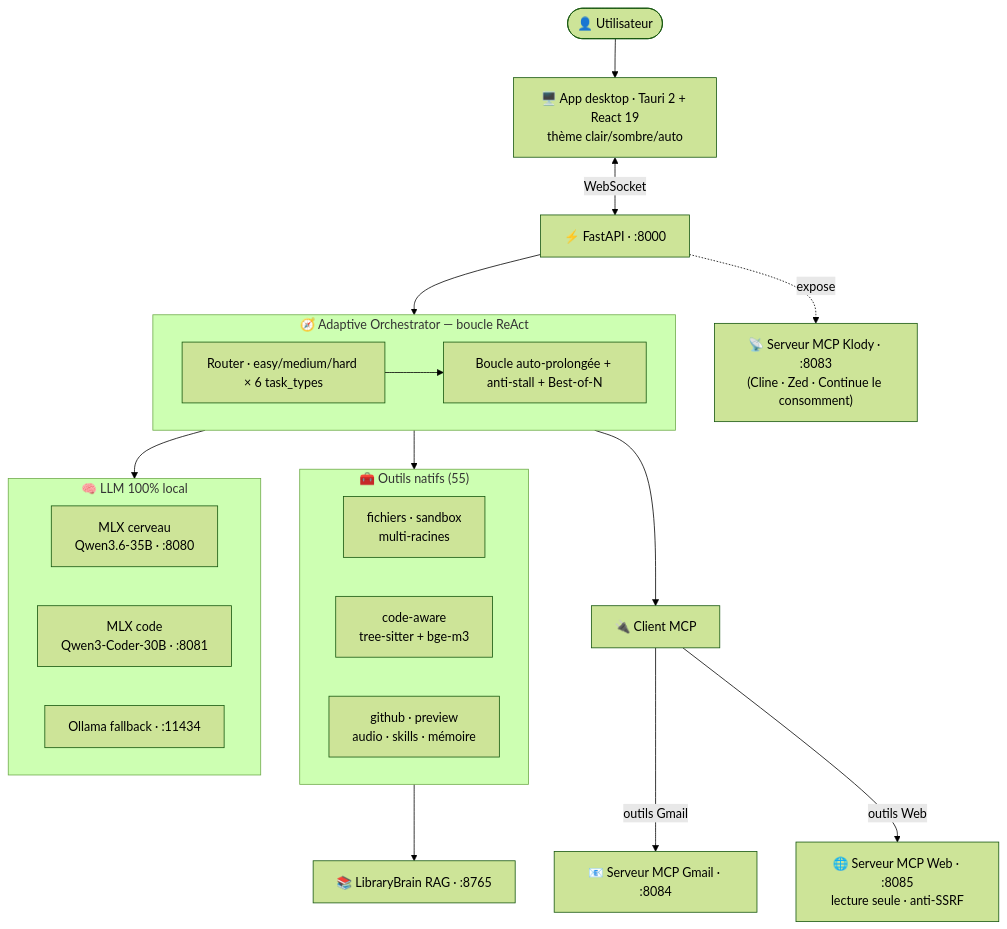
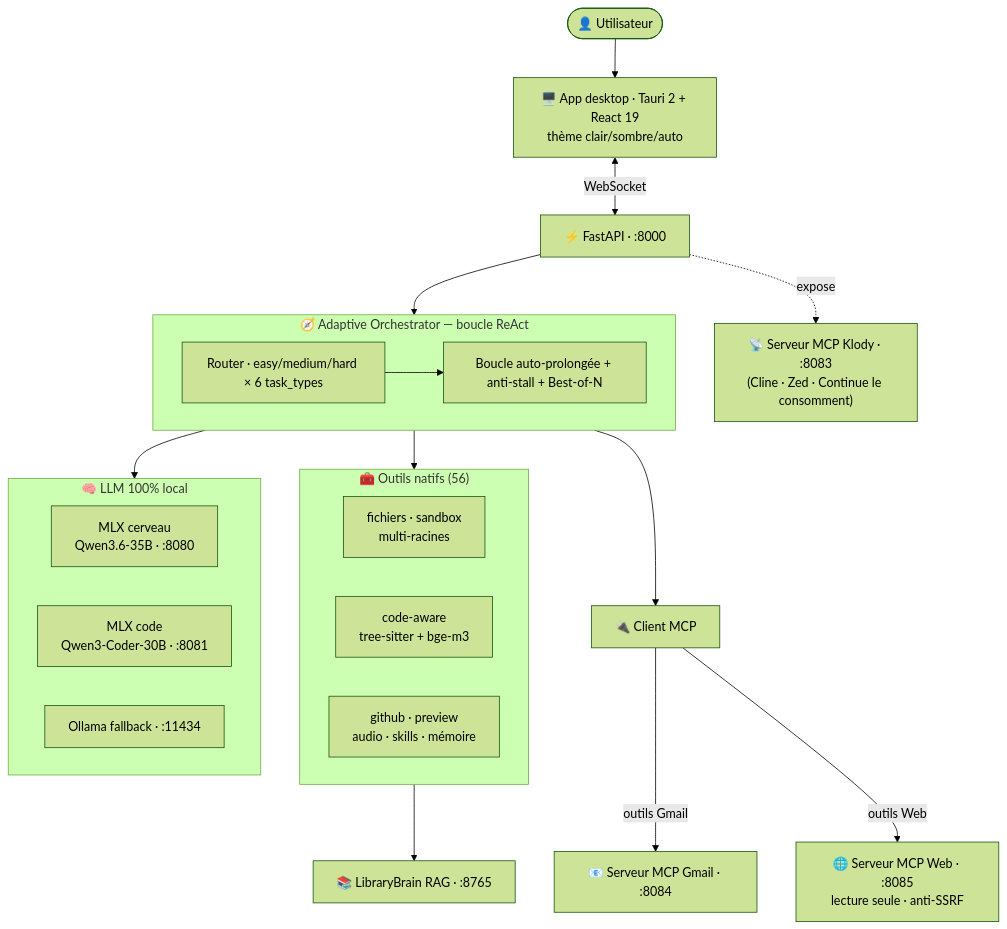
Before and after one commit to klodynlov/klody-code-ai: the diagram in README.md, drawn with Mermaid (forest theme). The commit also changed other lines of this file and 5 other files, not shown here.

````diff
--- a/README.md
+++ b/README.md
@@ -50,36 +50,36 @@
 ```mermaid
 flowchart TD
     U([👤 Utilisateur]) --> UI["🖥️ App desktop · Tauri 2 + React 19<br/>thème clair/sombre/auto"]
     UI <-->|WebSocket| API["⚡ FastAPI · :8000"]
     API --> ORCH
 
     subgraph ORCH["🧭 Adaptive Orchestrator — boucle ReAct"]
         R["Router · easy/medium/hard × 6 task_types"]
         L["Boucle auto-prolongée + anti-stall + Best-of-N"]
         R --> L
     end
 
     ORCH --> TOOLS
     ORCH --> MCPC["🔌 Client MCP"]
     ORCH --> LLM
 
-    subgraph TOOLS["🧰 Outils natifs (55)"]
+    subgraph TOOLS["🧰 Outils natifs (56)"]
         direction LR
         T1["fichiers · sandbox<br/>multi-racines"]
         T2["code-aware<br/>tree-sitter + bge-m3"]
         T3["github · preview<br/>audio · skills · mémoire"]
     end
 
     MCPC -->|outils Gmail| GM["📧 Serveur MCP Gmail · :8084"]
     MCPC -->|outils Web| WB["🌐 Serveur MCP Web · :8085<br/>lecture seule · anti-SSRF"]
 
     subgraph LLM["🧠 LLM 100% local"]
         direction LR
         B["MLX cerveau<br/>Qwen3.6-35B · :8080"]
         C["MLX code<br/>Qwen3-Coder-30B · :8081"]
         O["Ollama fallback · :11434"]
     end
 
     TOOLS --> RAG["📚 LibraryBrain RAG · :8765"]
     API -.expose.-> MCPS["📡 Serveur MCP Klody · :8083<br/>(Cline · Zed · Continue le consomment)"]
 ```
````
